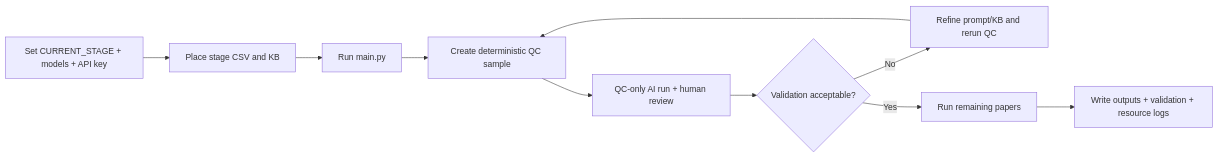
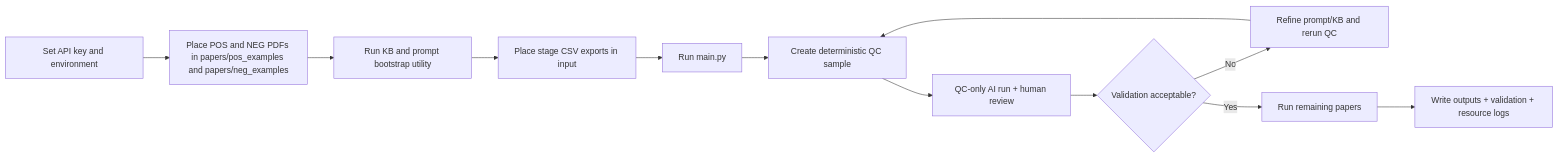
The diagram in readme.md (KaiGensitz/review-pipeline), drawn with Mermaid before and after one commit. The commit also changed other lines of this file and 16 other files, not shown here.

````diff
--- a/readme.md
+++ b/readme.md
@@ -35,12 +35,14 @@
 ```mermaid
 flowchart LR
-    A[Set CURRENT_STAGE + models + API key] --> B[Place stage CSV and KB]
-    B --> C[Run main.py]
-    C --> D[Create deterministic QC sample]
-    D --> E[QC-only AI run + human review]
-    E --> F{Validation acceptable?}
-    F -- No --> G[Refine prompt/KB and rerun QC]
-    G --> D
-    F -- Yes --> H[Run remaining papers]
-    H --> I[Write outputs + validation + resource logs]
+  A[Set API key and environment] --> B[Place POS and NEG PDFs in papers/pos_examples and papers/neg_examples]
+  B --> C[Run KB and prompt bootstrap utility]
+  C --> D[Place stage CSV exports in input]
+  D --> E[Run main.py]
+  E --> F[Create deterministic QC sample]
+  F --> G[QC-only AI run + human review]
+  G --> H{Validation acceptable?}
+  H -- No --> I[Refine prompt/KB and rerun QC]
+  I --> F
+  H -- Yes --> J[Run remaining papers]
+  J --> K[Write outputs + validation + resource logs]
 ```
````
